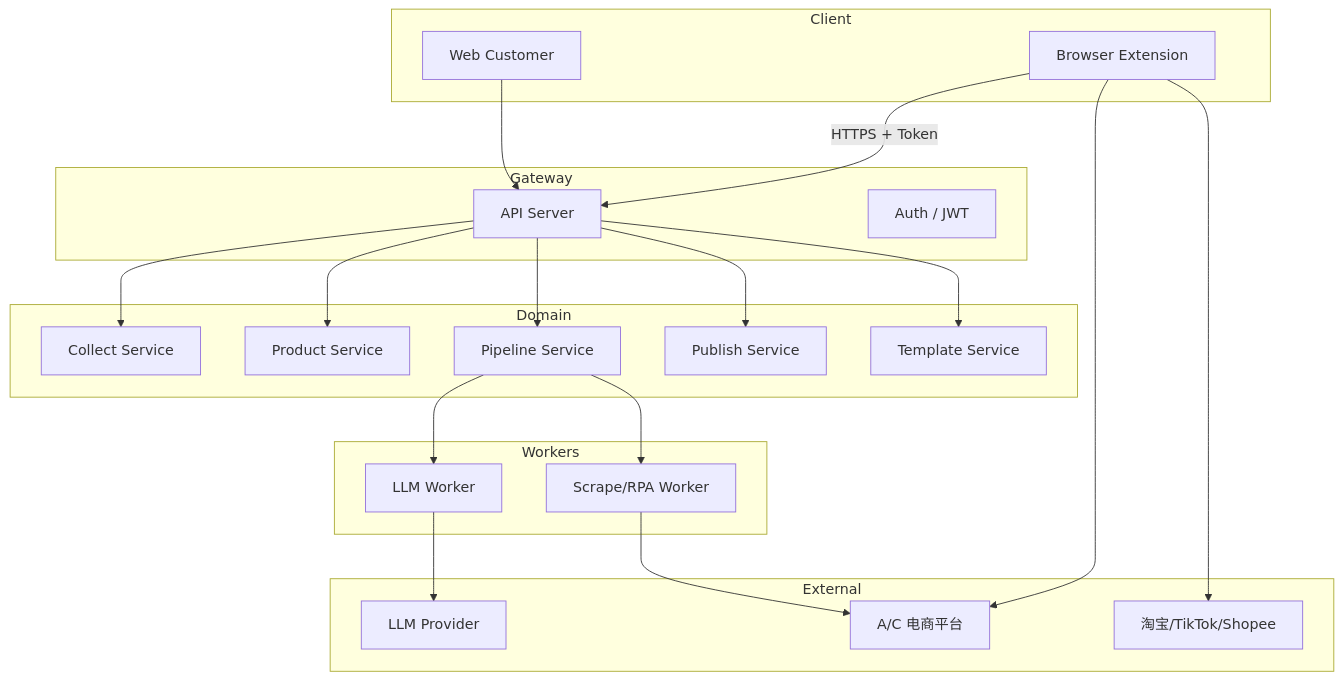
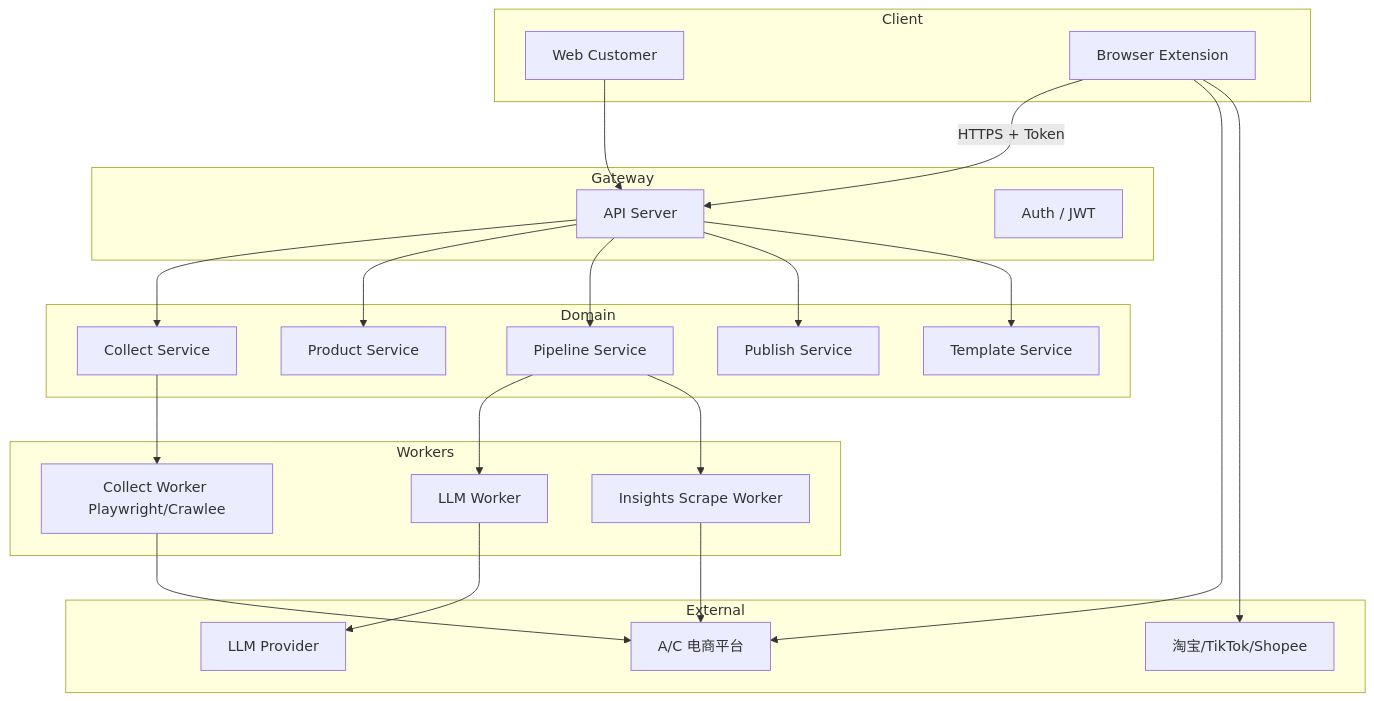
Before and after one commit to tuerqidelvfanzi/E-comassit-plan: the diagram in docs/ARCHITECTURE.md, drawn with Mermaid. The commit also changed 23 other files, not shown here.

````diff
--- a/docs/ARCHITECTURE.md
+++ b/docs/ARCHITECTURE.md
@@ -5,36 +5,39 @@
 ```mermaid
 flowchart TB
   subgraph Client
     WEB[Web Customer]
     EXT[Browser Extension]
   end
   subgraph Gateway
     API[API Server]
     AUTH[Auth / JWT]
   end
   subgraph Domain
     COL[Collect Service]
     PRD[Product Service]
     PIPE[Pipeline Service]
     PUB[Publish Service]
     TPL[Template Service]
   end
   subgraph Workers
     LLM[LLM Worker]
-    SCRAPE[Scrape/RPA Worker]
+    COLLECT[Collect Worker Playwright/Crawlee]
+    SCRAPE[Insights Scrape Worker]
   end
   subgraph External
     SRC[A/C 电商平台]
     DST[淘宝/TikTok/Shopee]
     MODEL[LLM Provider]
   end
   EXT -->|HTTPS + Token| API
   WEB --> API
   EXT --> SRC
   EXT --> DST
   API --> COL & PRD & PIPE & PUB & TPL
   PIPE --> LLM
+  COL --> COLLECT
   PIPE --> SCRAPE
+  COLLECT --> SRC
   LLM --> MODEL
   SCRAPE --> SRC
 ```
````
